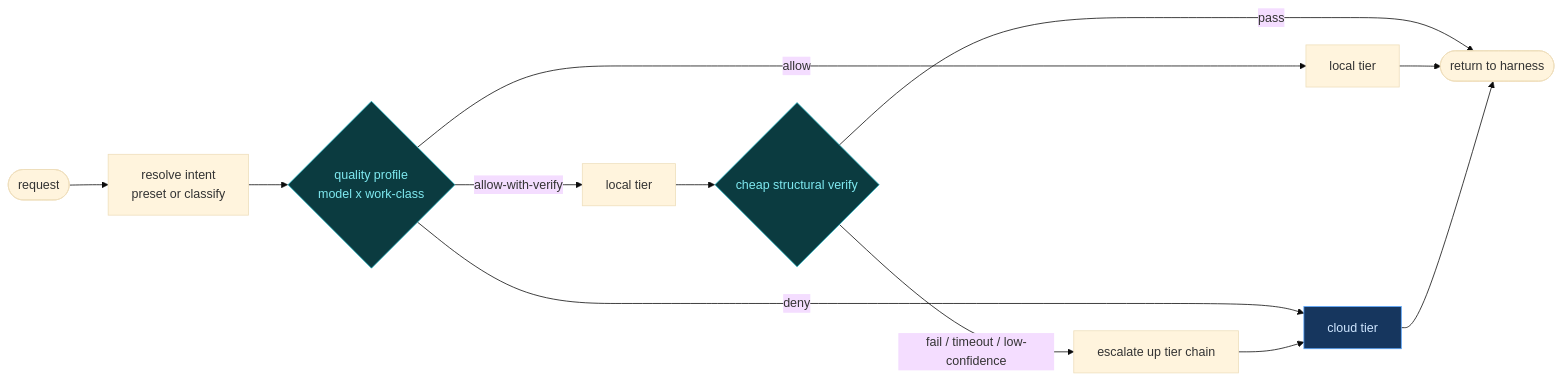
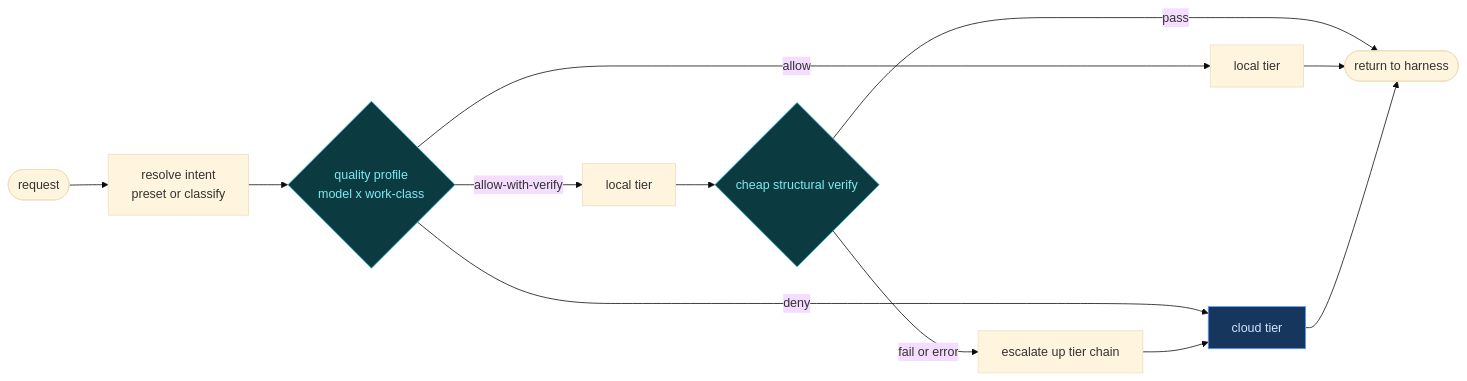
Before and after one commit to fakoli/anvil-serving: the diagram in README.md, drawn with Mermaid (base theme). The commit also changed 1 other file, not shown here.

Commit message:
docs(brand): correct mermaid diagrams to shipped behavior (adversarial review)
Adversarial accuracy review flagged two overclaims; corrected so the diagrams
reflect what v0.3.0 actually does (not design-intent):
- Sequence diagram: dropped "(served tier reported)" and "fallback flagged" — the
  dialects return model=request.model and the served_model/response_metadata
  transparency helpers are built but NOT wired into the dialects, so the served
  tier is not surfaced to the harness. Kept "no partial local tokens leaked"
  (verified accurate: route_with_fallback fully materializes + commits the winner).
- Both diagrams: fallback trigger label "fail / timeout / low-confidence" ->
  "fail or error" — only verify-fail and backend-error are implemented (timeout is
  deferred; RefusalMarker always passes; no logprob/entropy threshold wired).

Core routing logic (allow / allow-with-verify / deny, allow-skips-verify,
deny-routes-off-local, cloud-not-verified) and all image captions/labels were
verified accurate. Both diagrams re-validated via the mermaid parser.

Claude-Session: https://claude.ai/code/session_018vmtieQBogAKFQo3RxEoGB

````diff
--- a/README.md
+++ b/README.md
@@ -103,18 +103,18 @@
 ```mermaid
 flowchart LR
     REQ([request]) --> RES[resolve intent<br/>preset or classify]
     RES --> POL{quality profile<br/>model x work-class}
     POL -->|deny| CLOUD[cloud tier]
     POL -->|allow| LOCAL[local tier]
     POL -->|allow-with-verify| LV[local tier]
     LV --> VER{cheap structural verify}
     VER -->|pass| RET([return to harness])
-    VER -->|fail / timeout / low-confidence| ESC[escalate up tier chain]
+    VER -->|fail or error| ESC[escalate up tier chain]
     ESC --> CLOUD
     LOCAL --> RET
     CLOUD --> RET
     classDef gate fill:#0b3b40,stroke:#23b6c4,color:#7fe9f0;
     classDef cloud fill:#16365e,stroke:#58a6ff,color:#cfe6ff;
     class POL,VER gate;
     class CLOUD cloud;
 ```
````
